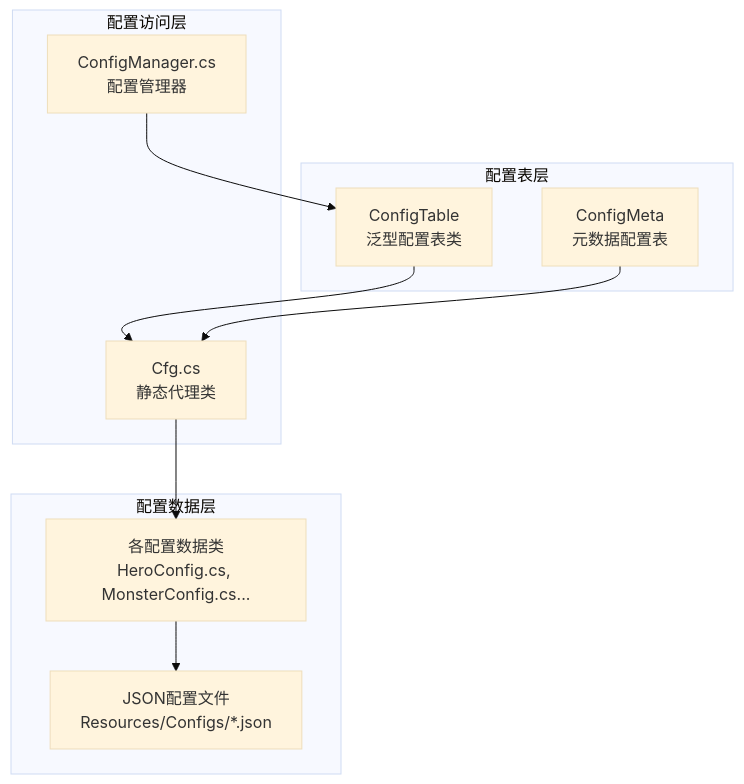
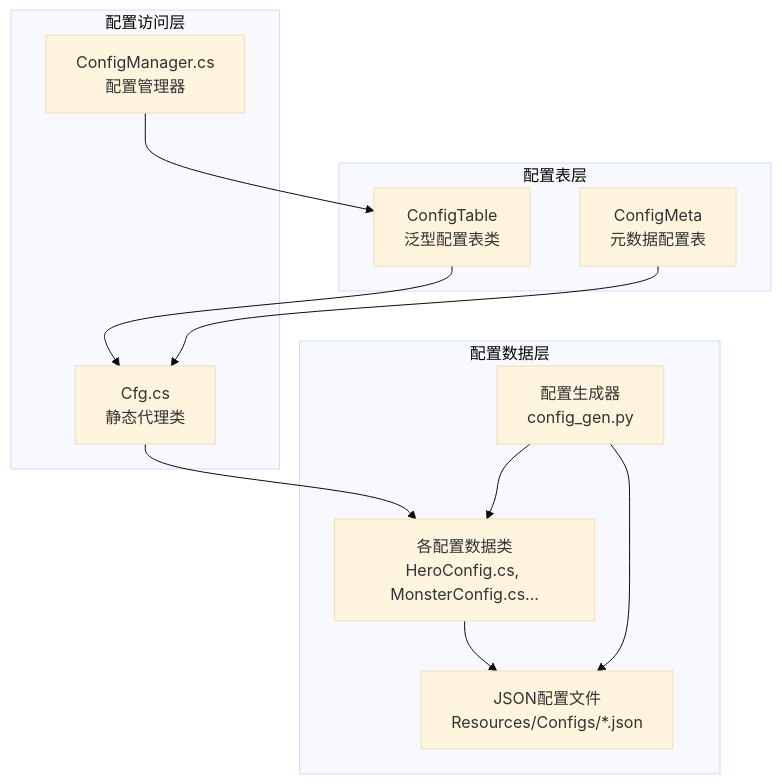
Before and after one commit to Tuusen/p1_client: the first of 5 diagrams in .qoder/repowiki/zh/content/配置管理系统/配置管理系统.md, drawn with Mermaid (base theme). The commit also changed other lines of this file and 29 other files, not shown here.

````diff
--- a/.qoder/repowiki/zh/content/配置管理系统/配置管理系统.md
+++ b/.qoder/repowiki/zh/content/配置管理系统/配置管理系统.md
@@ -55,20 +58,23 @@
 ```mermaid
 graph TB
 subgraph "配置表层"
 CT["ConfigTable<TItem, TMeta><br/>泛型配置表类"]
 CM["ConfigMeta<TMeta><br/>元数据配置表"]
 end
 subgraph "配置访问层"
 CFG["Cfg.cs<br/>静态代理类"]
 CMGR["ConfigManager.cs<br/>配置管理器"]
 end
 subgraph "配置数据层"
 DATA["各配置数据类<br/>HeroConfig.cs, MonsterConfig.cs..."]
 JSON["JSON配置文件<br/>Resources/Configs/*.json"]
+GEN["配置生成器<br/>config_gen.py"]
 end
 CT --> CFG
 CM --> CFG
 CMGR --> CT
 CFG --> DATA
 DATA --> JSON
+GEN --> DATA
+GEN --> JSON
 ```
````
